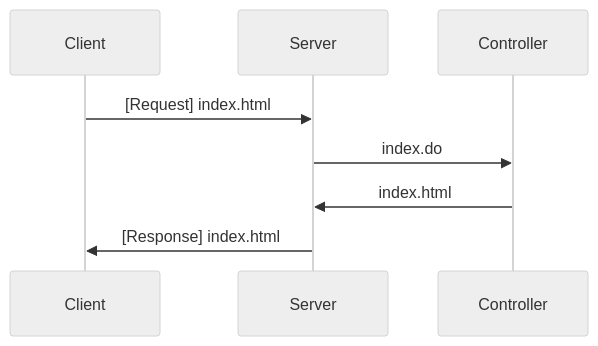
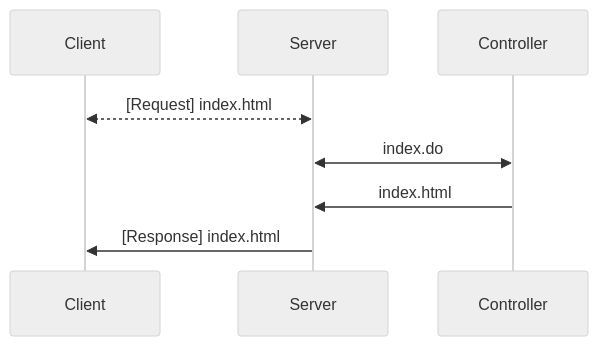
The diagram in README.md (JeongJongSub/GitGithub), drawn with Mermaid (neutral theme) before and after one commit.

````diff
--- a/README.md
+++ b/README.md
@@ -7,10 +7,10 @@
 ```mermaid
 sequenceDiagram
-Client ->> Server : [Request] index.html
-Server ->> Controller : index.do
+Client <<-->> Server : [Request] index.html
+Server <<->> Controller : index.do
 Controller ->> Server : index.html
 Server ->> Client : [Response] index.html
 
 
 
 ```
````
